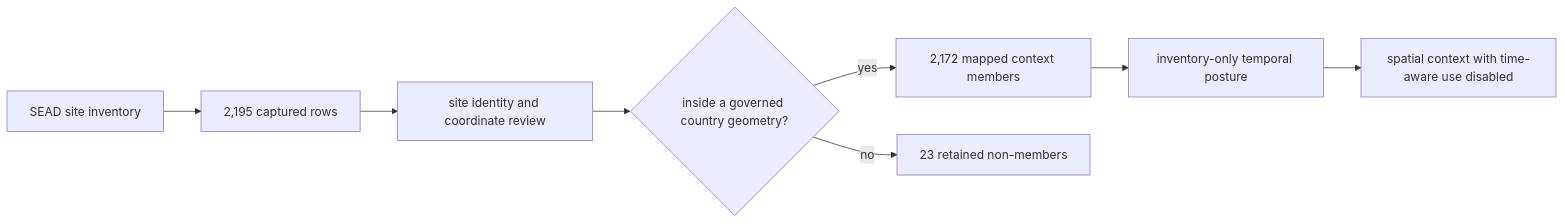
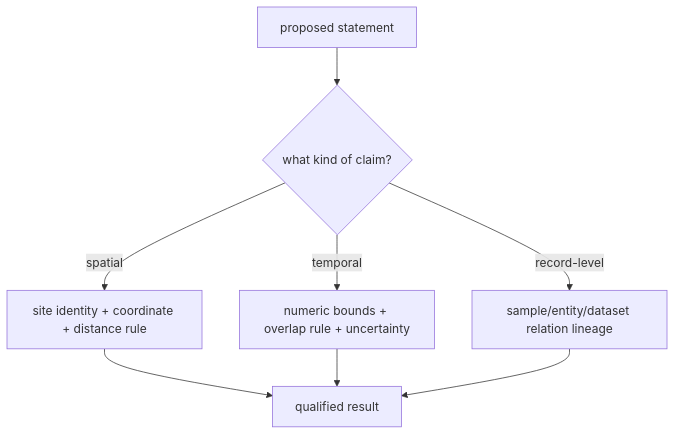
One commit to bijux/bijux-pollenomics changed the first of 2 diagrams in docs/public/pollenomics-data/sources/sead-handbook.md. Above: the diagram before and after it, drawn with Mermaid. The commit also changed other lines of this file and 9 other files, not shown here.

Commit message:
docs(sead): teach mixed temporal evidence

````diff
--- a/docs/public/pollenomics-data/sources/sead-handbook.md
+++ b/docs/public/pollenomics-data/sources/sead-handbook.md
@@ -55,10 +62,10 @@
 ```mermaid
-flowchart LR
-    Upstream["SEAD site inventory"] --> Capture["2,195 captured rows"]
-    Capture --> Identity["site identity and coordinate review"]
-    Identity --> Country{"inside a governed country geometry?"}
-    Country -->|yes| Mapped["2,172 mapped context members"]
-    Country -->|no| Retained["23 retained non-members"]
-    Mapped --> Time["inventory-only temporal posture"]
-    Time --> Product["spatial context with time-aware use disabled"]
+flowchart TD
+    Question["proposed statement"] --> Kind{"what kind of claim?"}
+    Kind -->|spatial| Space["site identity + coordinate + distance rule"]
+    Kind -->|temporal| Time["numeric bounds + overlap rule + uncertainty"]
+    Kind -->|record-level| Record["sample/entity/dataset relation lineage"]
+    Space --> Claim["qualified result"]
+    Time --> Claim
+    Record --> Claim
 ```
````
